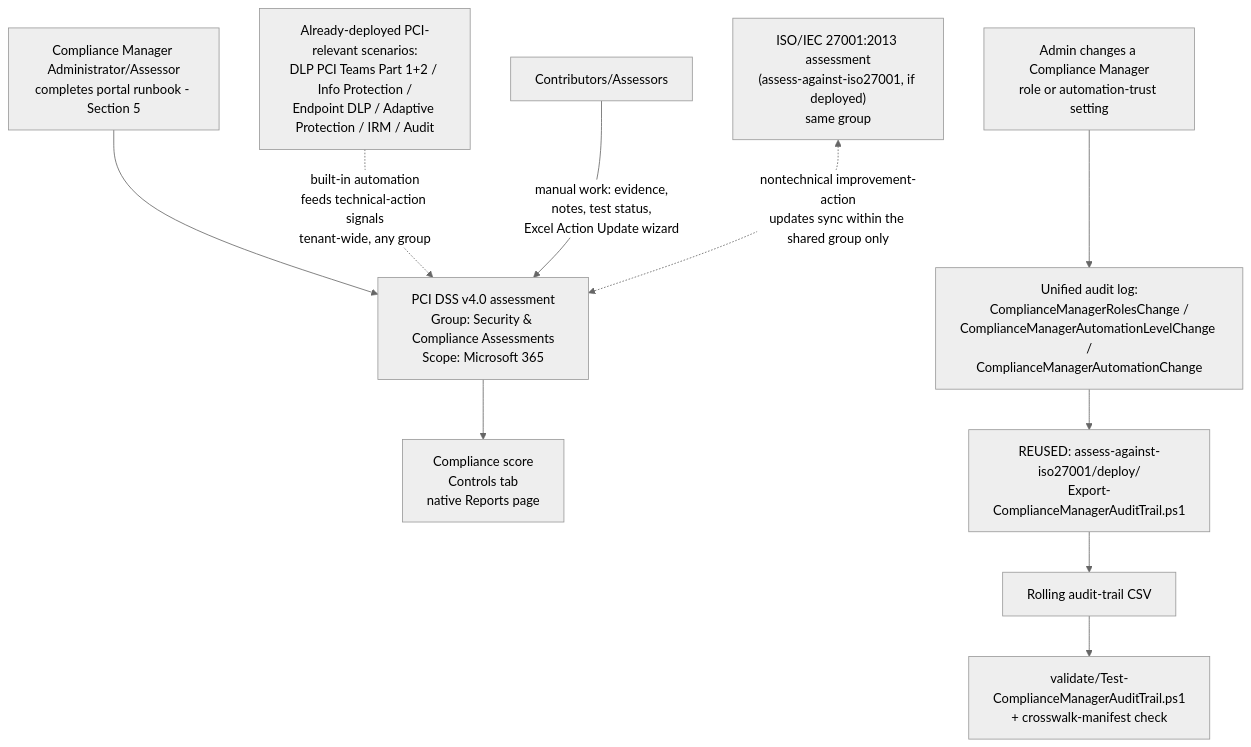
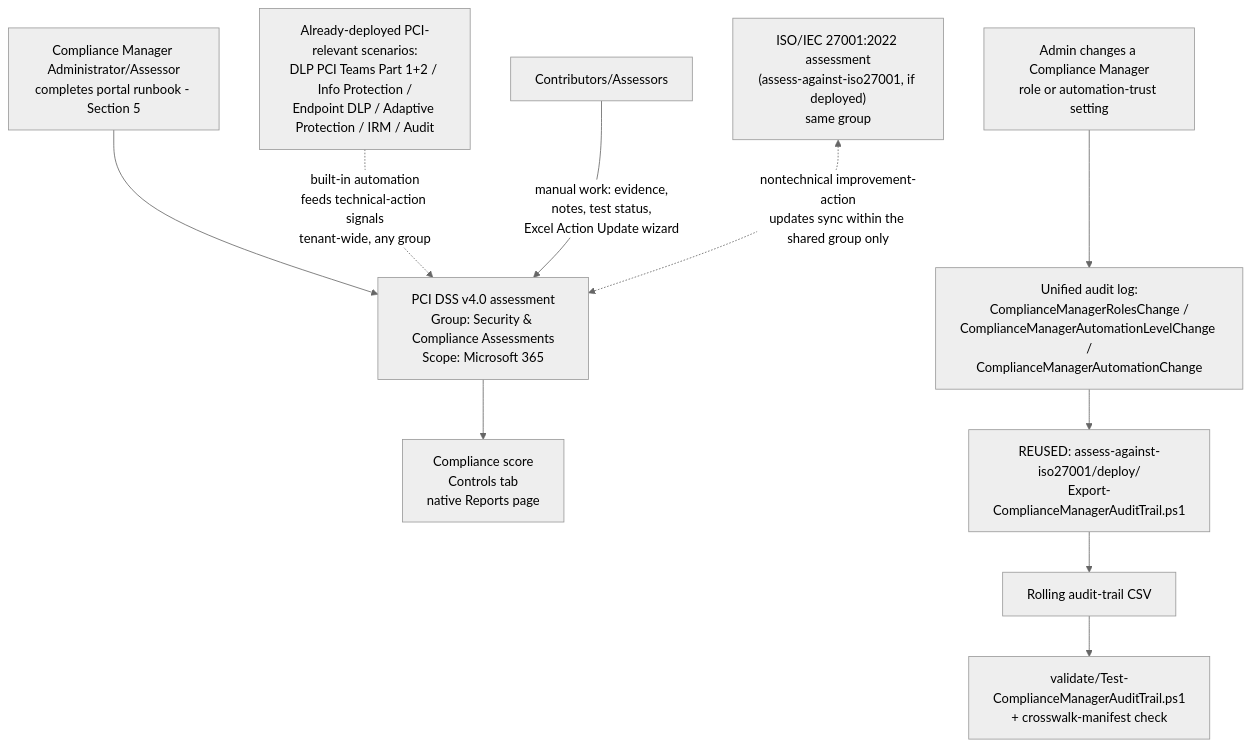
One commit to kpsec1/purview-scenario-library changed the diagram in scenarios/compliance-manager/pci-dss-assessment/README.md. Above: the diagram before and after it, drawn with Mermaid (neutral theme). The commit also changed 12 other files, not shown here.

First line of the commit message:
docs(compliance-manager): switch assess-against-iso27001 to ISO/IEC 27001:2022

````diff
--- a/scenarios/compliance-manager/pci-dss-assessment/README.md
+++ b/scenarios/compliance-manager/pci-dss-assessment/README.md
@@ -61,12 +61,12 @@
 ```mermaid
 flowchart TD
     A[Compliance Manager Administrator/Assessor<br/>completes portal runbook - Section 5] --> B["PCI DSS v4.0 assessment<br/>Group: Security & Compliance Assessments<br/>Scope: Microsoft 365"]
     C["Already-deployed PCI-relevant scenarios:<br/>DLP PCI Teams Part 1+2 / Info Protection /<br/>Endpoint DLP / Adaptive Protection / IRM / Audit"] -.built-in automation<br/>feeds technical-action signals<br/>tenant-wide, any group.-> B
     D[Contributors/Assessors] -->|manual work: evidence,<br/>notes, test status,<br/>Excel Action Update wizard| B
-    E["ISO/IEC 27001:2013 assessment<br/>(assess-against-iso27001, if deployed)<br/>same group"] <-.nontechnical improvement-action<br/>updates sync within the shared group only.-> B
+    E["ISO/IEC 27001:2022 assessment<br/>(assess-against-iso27001, if deployed)<br/>same group"] <-.nontechnical improvement-action<br/>updates sync within the shared group only.-> B
     B --> F[Compliance score<br/>Controls tab<br/>native Reports page]
     G["Admin changes a Compliance Manager<br/>role or automation-trust setting"] --> H["Unified audit log:<br/>ComplianceManagerRolesChange /<br/>ComplianceManagerAutomationLevelChange /<br/>ComplianceManagerAutomationChange"]
     H --> I["REUSED: assess-against-iso27001/deploy/<br/>Export-ComplianceManagerAuditTrail.ps1"]
     I --> J[Rolling audit-trail CSV]
     J --> K[validate/Test-ComplianceManagerAuditTrail.ps1<br/>+ crosswalk-manifest check]
 ```
````
